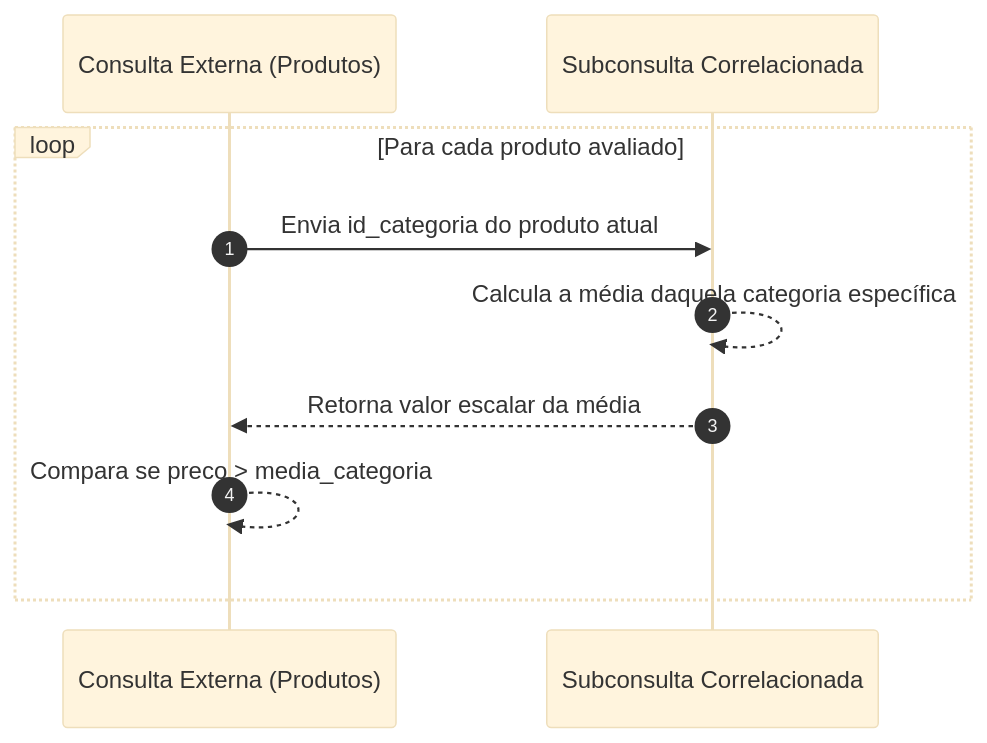
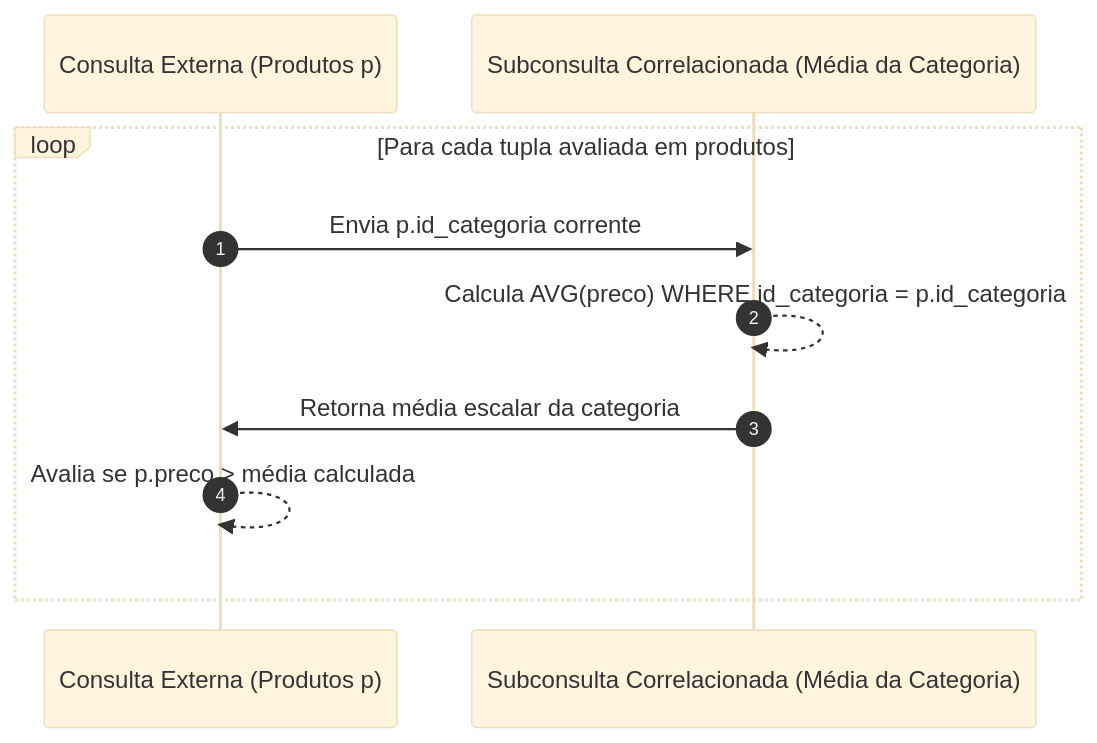
One commit to murilolol/unifef changed the ninth of 15 diagrams in 4º Semestre/[Prof. Welington Garcia] Tópicos Avançados em Banco de Dados/Resumos-IA/Simulados-Comentados.md. Above: the diagram before and after it, drawn with Mermaid (base theme). The commit also changed other lines of this file and 18 other files, not shown here.

````diff
--- a/4º Semestre/[Prof. Welington Garcia] Tópicos Avançados em Banco de Dados/Resumos-IA/Simulados-Comentados.md
+++ b/4º Semestre/[Prof. Welington Garcia] Tópicos Avançados em Banco de Dados/Resumos-IA/Simulados-Comentados.md
@@ -750,13 +601,13 @@
 ```mermaid
 sequenceDiagram
-    autonumber
-    participant Ext as Consulta Externa (Produtos)
-    participant Sub as Subconsulta Correlacionada
-    
-    loop Para cada produto avaliado
-        Ext->>Sub: Envia id_categoria do produto atual
-        Sub-->>Sub: Calcula a média daquela categoria específica
-        Sub-->>Ext: Retorna valor escalar da média
-        Ext-->>Ext: Compara se preco > media_categoria
-    end
+  autonumber
+  participant Ext as Consulta Externa (Produtos p)
+  participant Sub as Subconsulta Correlacionada (Média da Categoria)
+  
+  loop Para cada tupla avaliada em produtos
+    Ext->>Sub: Envia p.id_categoria corrente
+    Sub-->>Sub: Calcula AVG(preco) WHERE id_categoria = p.id_categoria
+    Sub->>Ext: Retorna média escalar da categoria
+    Ext-->>Ext: Avalia se p.preco > média calculada
+  end
 ```
````
